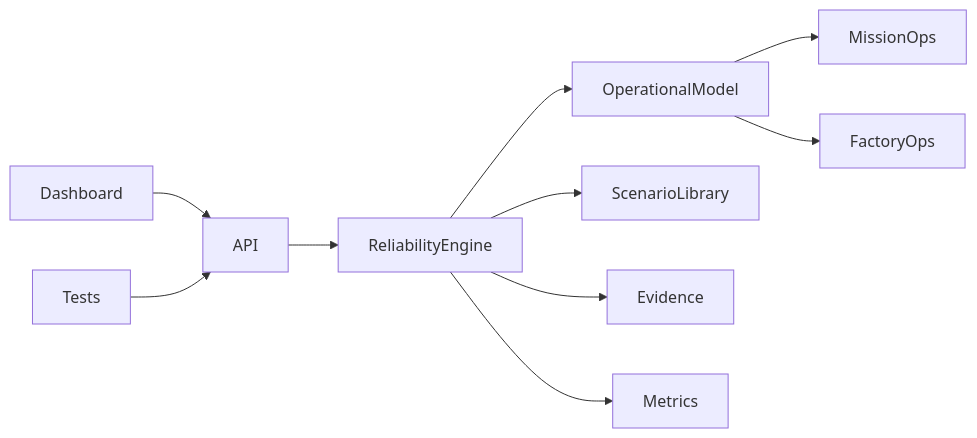
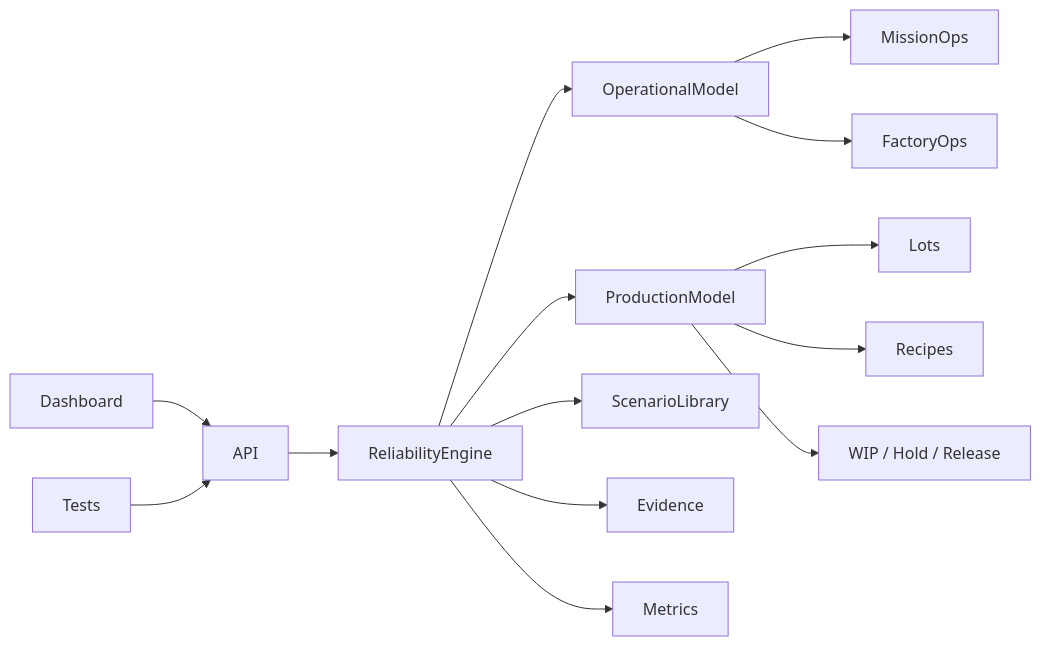
One commit to Lordkoii/Orbital-Reliability-Lab changed the diagram in README.md. Above: the diagram before and after it, drawn with Mermaid. The commit also changed other lines of this file and 12 other files, not shown here.

Commit message:
Release Orbital Reliability Lab v0.4.0

````diff
--- a/README.md
+++ b/README.md
@@ -113,12 +122,16 @@
 ```mermaid
 flowchart LR
     Dashboard --> API
     Tests --> API
     API --> ReliabilityEngine
     ReliabilityEngine --> OperationalModel
+    ReliabilityEngine --> ProductionModel
     ReliabilityEngine --> ScenarioLibrary
     OperationalModel --> MissionOps
     OperationalModel --> FactoryOps
+    ProductionModel --> Lots
+    ProductionModel --> Recipes
+    ProductionModel --> MESState[WIP / Hold / Release]
     ReliabilityEngine --> Evidence
     ReliabilityEngine --> Metrics
 ```
````
